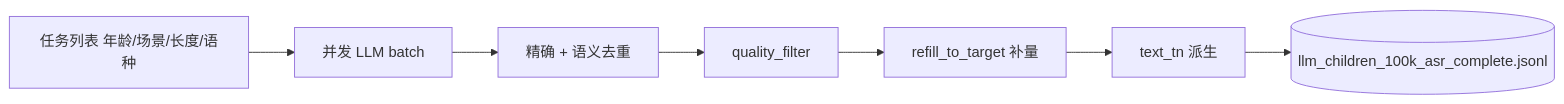
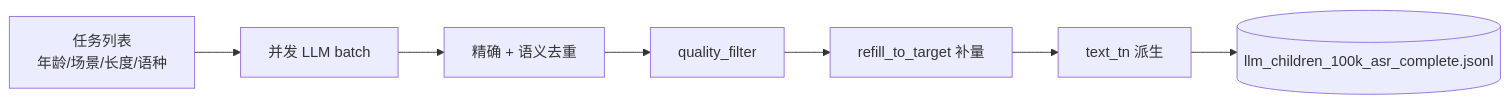
The diagram in batch_generate_text_and_clone/text_generation/README.md (nanless/OmniVoice-fork), drawn with Mermaid before and after one commit. The commit also changed other lines of this file and 19 other files, not shown here.

````diff
--- a/batch_generate_text_and_clone/text_generation/README.md
+++ b/batch_generate_text_and_clone/text_generation/README.md
@@ -78,9 +78,9 @@
 ```mermaid
 flowchart LR
-  TASK[任务列表 年龄/场景/长度/语种] --> LLM[并发 LLM batch]
+  TASK[任务列表<br/>年龄/场景/长度/语种] --> LLM[并发 LLM batch]
   LLM --> DEDUP[精确 + 语义去重]
   DEDUP --> QA[quality_filter]
   QA --> REFILL[refill_to_target 补量]
   REFILL --> TN[text_tn 派生]
   TN --> JSONL[(llm_children_100k_asr_complete.jsonl)]
 ```
````
